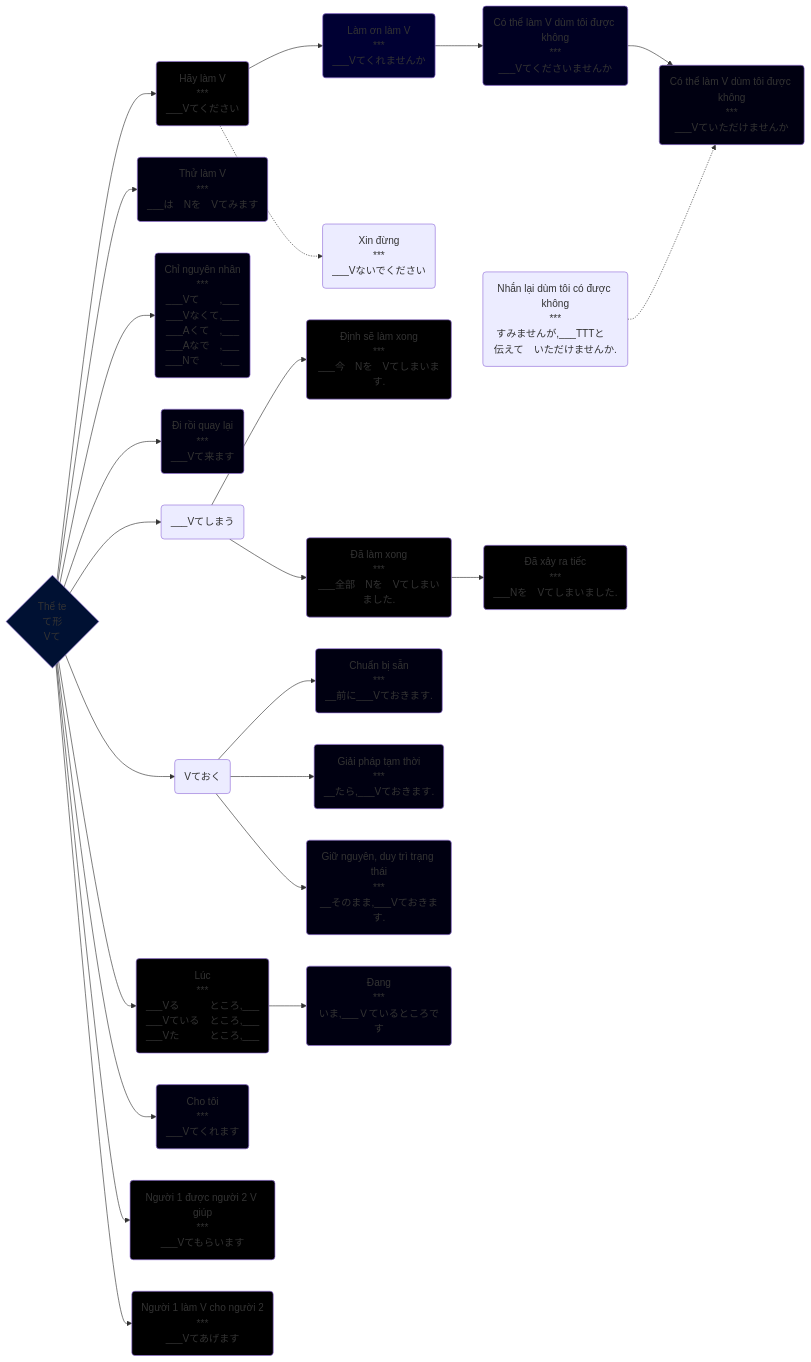
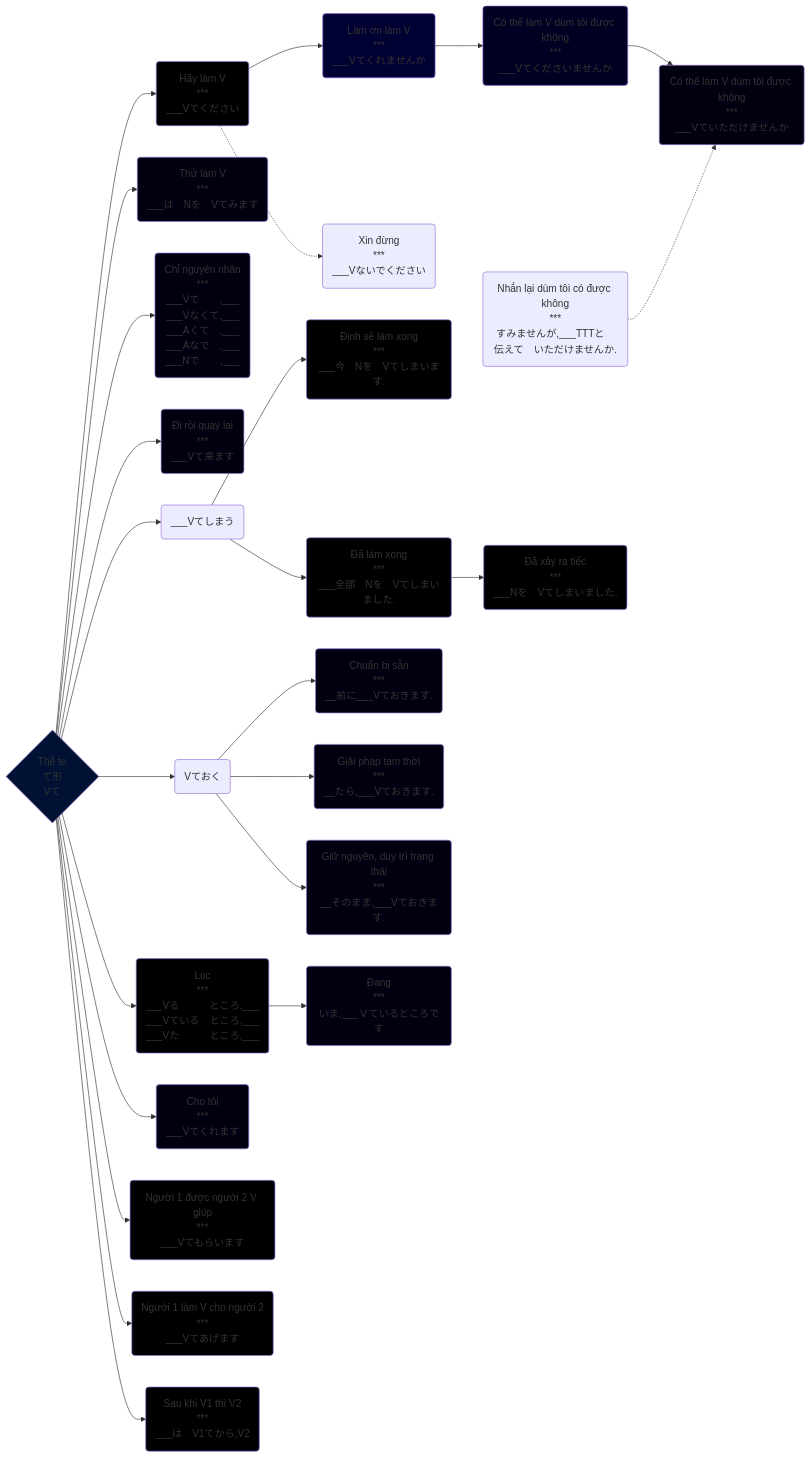
One commit to tea1504/learn changed the diagram in The/て形.md. Above: the diagram before and after it, drawn with Mermaid. The commit also changed 1 other file, not shown here.

Commit message:
20231001②

````diff
--- a/The/て形.md
+++ b/The/て形.md
@@ -2,47 +2,49 @@
 ```mermaid
 graph LR;
     V{Thể te\nて形\nVて}
 
     V-->hayLamV(Hãy làm V\n***\n___Vてください)
     hayLamV-->lamOn(Làm ơn làm V\n***\n___Vてくれませんか)
     lamOn-->coThemLamVGiupToiDuocKhong1(Có thể làm V dùm tôi được không\n***\n___Vてくださいませんか)
     coThemLamVGiupToiDuocKhong1-->coThemLamVGiupToiDuocKhong2(Có thể làm V dùm tôi được không\n***\n___Vていただけませんか)
     nhanLaiDumToi(Nhắn lại dùm tôi có được không\n***\nすみませんが,___TTTと　伝えて　いただけませんか.)-.->coThemLamVGiupToiDuocKhong2
     V-->thuLamV(Thử làm V\n***\n___は　Nを　Vてみます)
     V-->chiNguyenNhan(Chỉ nguyên nhân\n***\n___Vて　　,___\n___Vなくて,___\n___Aくて　,___\n___Aなで　,___\n___Nで　　,___)
     V-->diRoiQuayLai(Đi rồi quay lại\n***\n___Vて来ます)
     V-->simau(___Vてしまう)
     simau-->dinhSeLamXong(Định sẽ làm xong\n***\n___今　Nを　Vてしまいます.)
     simau-->daLamXong(Đã làm xong\n***\n___全部　Nを　Vてしまいました.)
     daLamXong-->daXayRa(Đã xảy ra tiếc\n***\n___Nを　Vてしまいました.)
     V-->oku(Vておく)
     oku-->chuanBiSan(Chuẩn bị sẵn\n***\n__前に___Vておきます.)
     oku-->giaiPhapTamThoi(Giải pháp tạm thời\n***\n__たら,___Vておきます.)
     oku-->giuNguyenDuyTriTrangThai(Giữ nguyên, duy trì trạng thái\n***\n__そのまま,___Vておきます.)
     V-->luc(Lúc\n***\n___Vる　　　ところ,___\n___Vている　ところ,___\n___Vた　　　ところ,___)
     V-->choToi(Cho tôi\n***\n___Vてくれます)
     V-->N1DuocN2VGiup(Người 1 được người 2 V giúp\n***\n___Vてもらいます)
     V-->N1LamVChoN2(Người 1 làm V cho người 2\n***\n___Vてあげます)
     luc-->dang(Đang\n***\nいま,___Ｖているところです)
     hayLamV-.->xinDung(Xin đừng\n***\n___Vないでください)
+    V-->sauKhiV1thiV2(Sau khi V1 thì V2\n***\n___は　V1てから,V2)
 
     style V fill:#013
     style chiNguyenNhan fill:#001
     style choToi fill:#001
     style chuanBiSan fill:#001
     style coThemLamVGiupToiDuocKhong1 fill:#002
     style coThemLamVGiupToiDuocKhong2 fill:#001
     style daLamXong fill:#000
     style dang fill:#001
     style daXayRa fill:#000
     style dinhSeLamXong fill:#000
     style diRoiQuayLai fill:#001
     style giaiPhapTamThoi fill:#001
     style giuNguyenDuyTriTrangThai fill:#001
     style hayLamV fill:#000
     style lamOn fill:#003
     style luc fill:#000
     style N1DuocN2VGiup fill:#000
     style N1LamVChoN2 fill:#000
+    style sauKhiV1thiV2 fill:#000
     style thuLamV fill:#001
 ```
````
